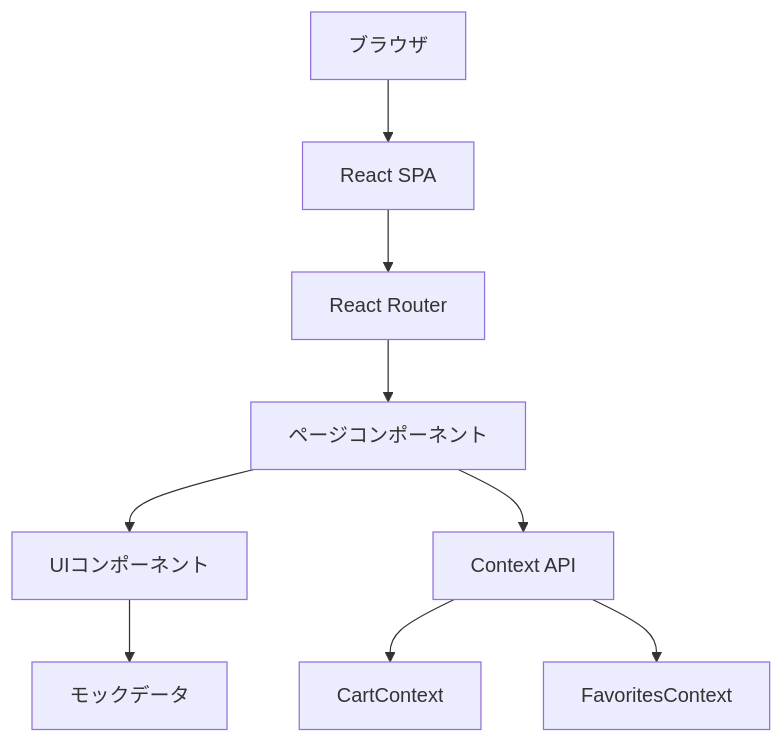
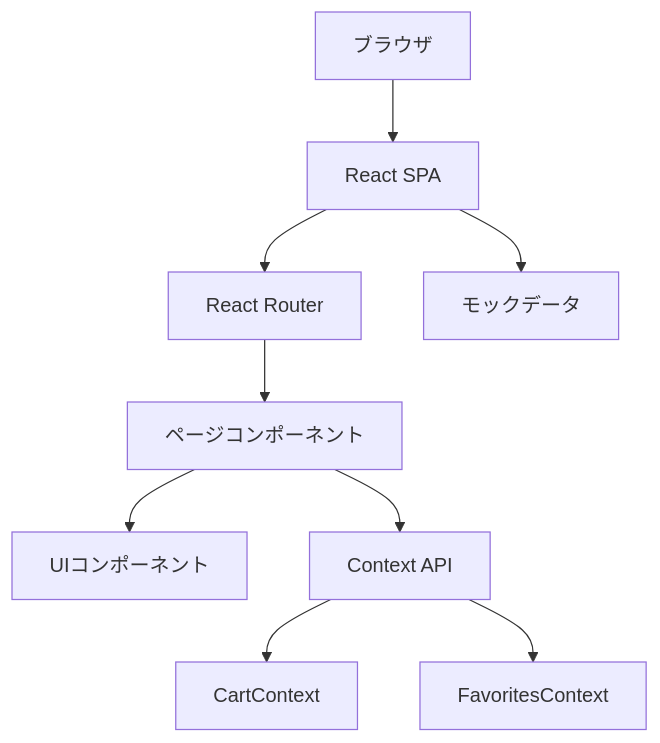
The first of 6 diagrams in docs/functional-design.md (yoshidashingo/claude-code-demo3), drawn with Mermaid before and after one commit. The commit also changed other lines of this file and 9210 other files, not shown here.

````diff
--- a/docs/functional-design.md
+++ b/docs/functional-design.md
@@ -5,11 +9,11 @@
 ```mermaid
 graph TD
     A[ブラウザ] --> B[React SPA]
     B --> C[React Router]
     C --> D[ページコンポーネント]
     D --> E[UIコンポーネント]
     D --> F[Context API]
     F --> G[CartContext]
     F --> H[FavoritesContext]
-    E --> I[モックデータ]
+    B --> I[モックデータ]
 ```
````
